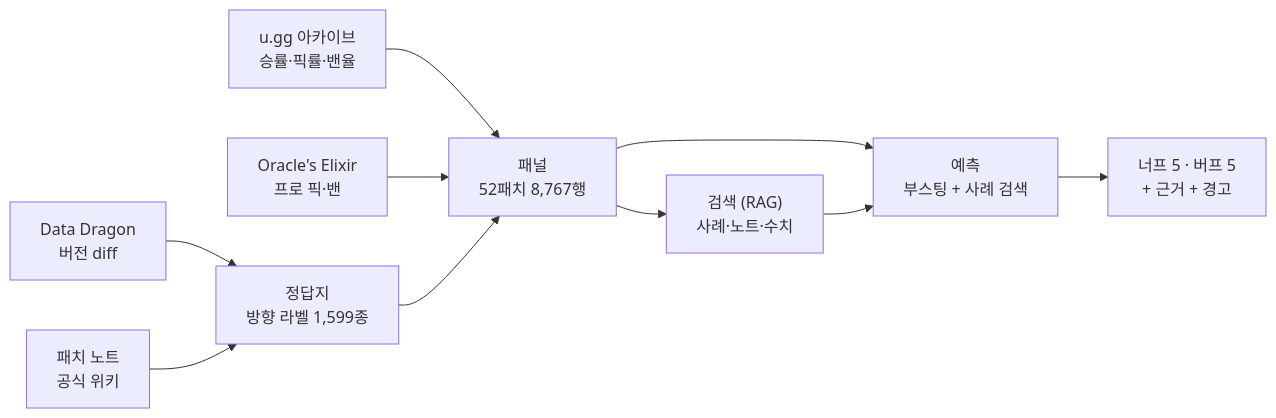
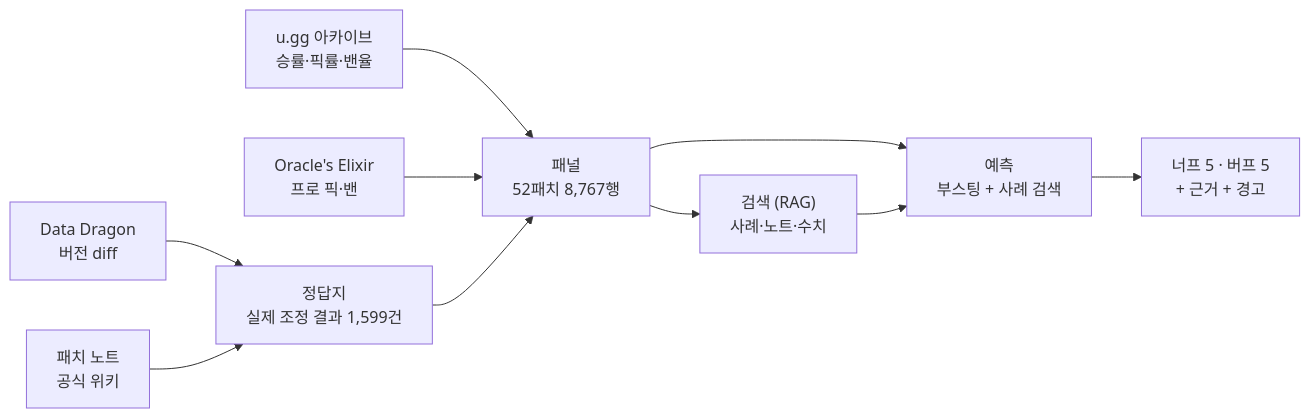
One commit to SangMyeong5426/LOL_BALANCE_PROJECT changed the diagram in README.md. Above: the diagram before and after it, drawn with Mermaid. The commit also changed other lines of this file and 1 other file, not shown here.

First line of the commit message:
docs: say what 정답지 actually is where it first appears

````diff
--- a/README.md
+++ b/README.md
@@ -47,12 +47,12 @@
 ```mermaid
 flowchart LR
   U["u.gg 아카이브<br/>승률·픽률·밴율"] --> P
   O["Oracle's Elixir<br/>프로 픽·밴"] --> P["패널<br/>52패치 8,767행"]
-  D["Data Dragon<br/>버전 diff"] --> L["정답지<br/>방향 라벨 1,599종"]
+  D["Data Dragon<br/>버전 diff"] --> L["정답지<br/>실제 조정 결과 1,599건"]
   N["패치 노트<br/>공식 위키"] --> L
   L --> P
   P --> R["검색 (RAG)<br/>사례·노트·수치"]
   P --> M["예측<br/>부스팅 + 사례 검색"]
   R --> M
   M --> W["너프 5 · 버프 5<br/>+ 근거 + 경고"]
 ```
````
